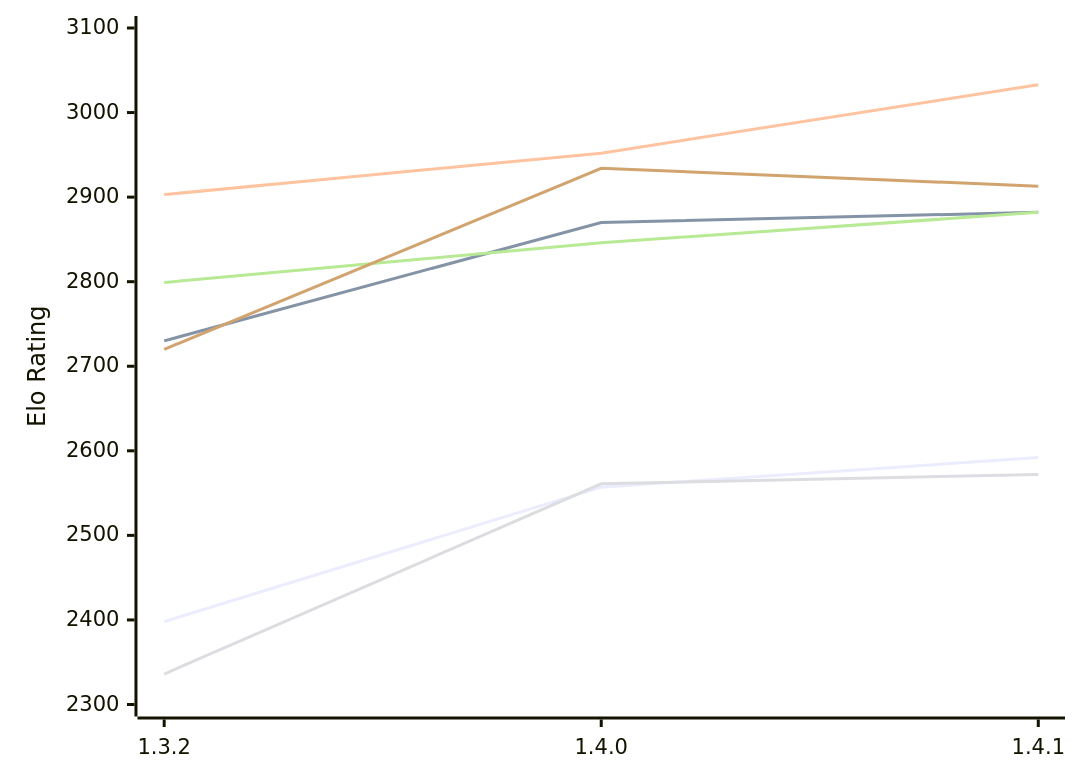
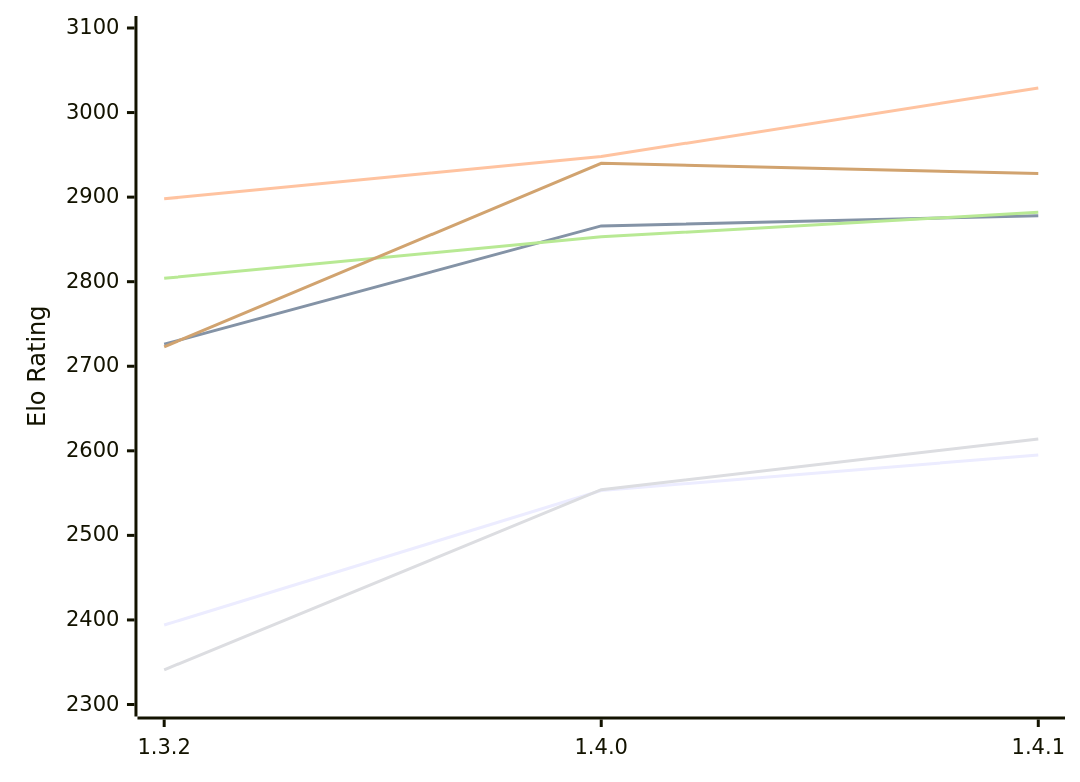
Before and after one commit to computer-chess-index/cci: the diagram in engines/Maharajah.md, drawn with Mermaid. The commit also changed other lines of this file, not shown here.

Commit message:
Update CCI Ratings (ELO VLTC) - 2026-11-21

````diff
--- a/engines/Maharajah.md
+++ b/engines/Maharajah.md
@@ -51,12 +51,12 @@
 ```mermaid
 %%{init: {"theme":"base","themeVariables":{"seriesColors:['#a3a3a3','#222221','#faa371']}}}%%
 xychart-beta
   x-axis ["1.3.2", "1.4.0", "1.4.1"]
   y-axis "Elo Rating" 2300 --> 3100
-  line "E1: STC (8.0+0.08s)" [2398, 2557, 2592]
-  line "E1: LTC (60.0+0.60s)" [2730, 2870, 2882]
-  line "E1: VLTC (2m24s+1.12s)" [2903, 2952, 3033]
-  line "P1: STC (8.0+0.08s)" [2336, 2561, 2572]
-  line "P1: LTC (60.0+0.60s)" [2799, 2846, 2882]
-  line "P1: VLTC (2m24s+1.12s)" [2720, 2934, 2913]
+  line "E1: STC (8.0+0.08s)" [2394, 2553, 2595]
+  line "E1: LTC (60.0+0.60s)" [2726, 2866, 2878]
+  line "E1: VLTC (2m24s+1.12s)" [2898, 2948, 3029]
+  line "P1: STC (8.0+0.08s)" [2341, 2554, 2614]
+  line "P1: LTC (60.0+0.60s)" [2804, 2853, 2882]
+  line "P1: VLTC (2m24s+1.12s)" [2723, 2940, 2928]
 ```
````
